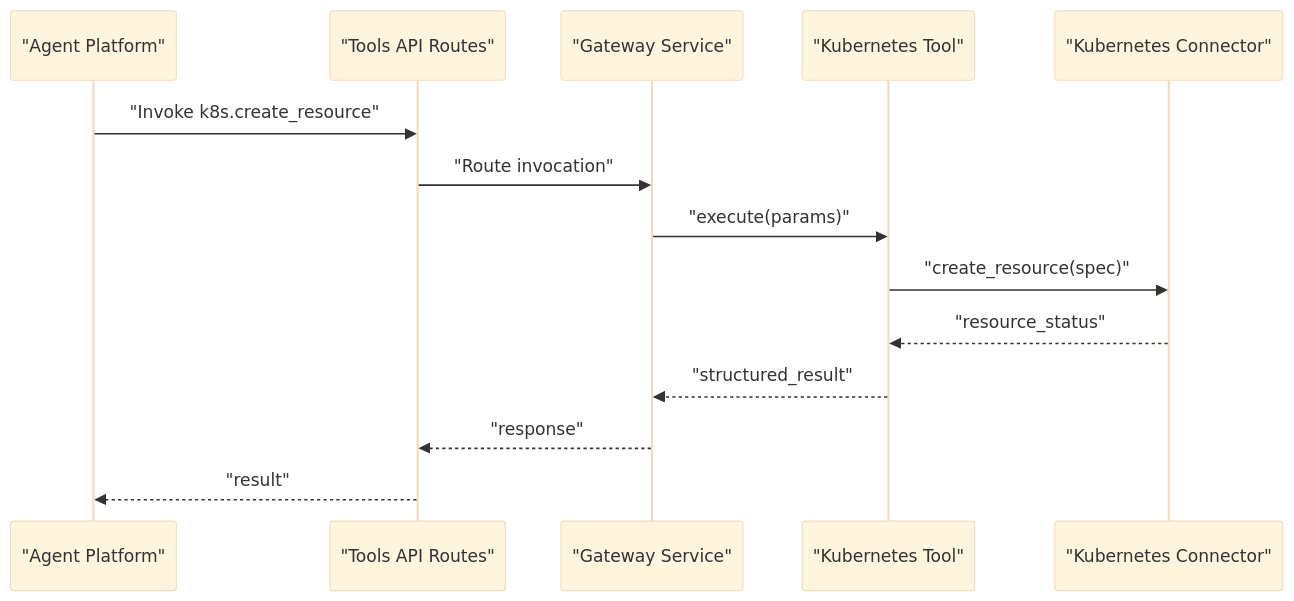
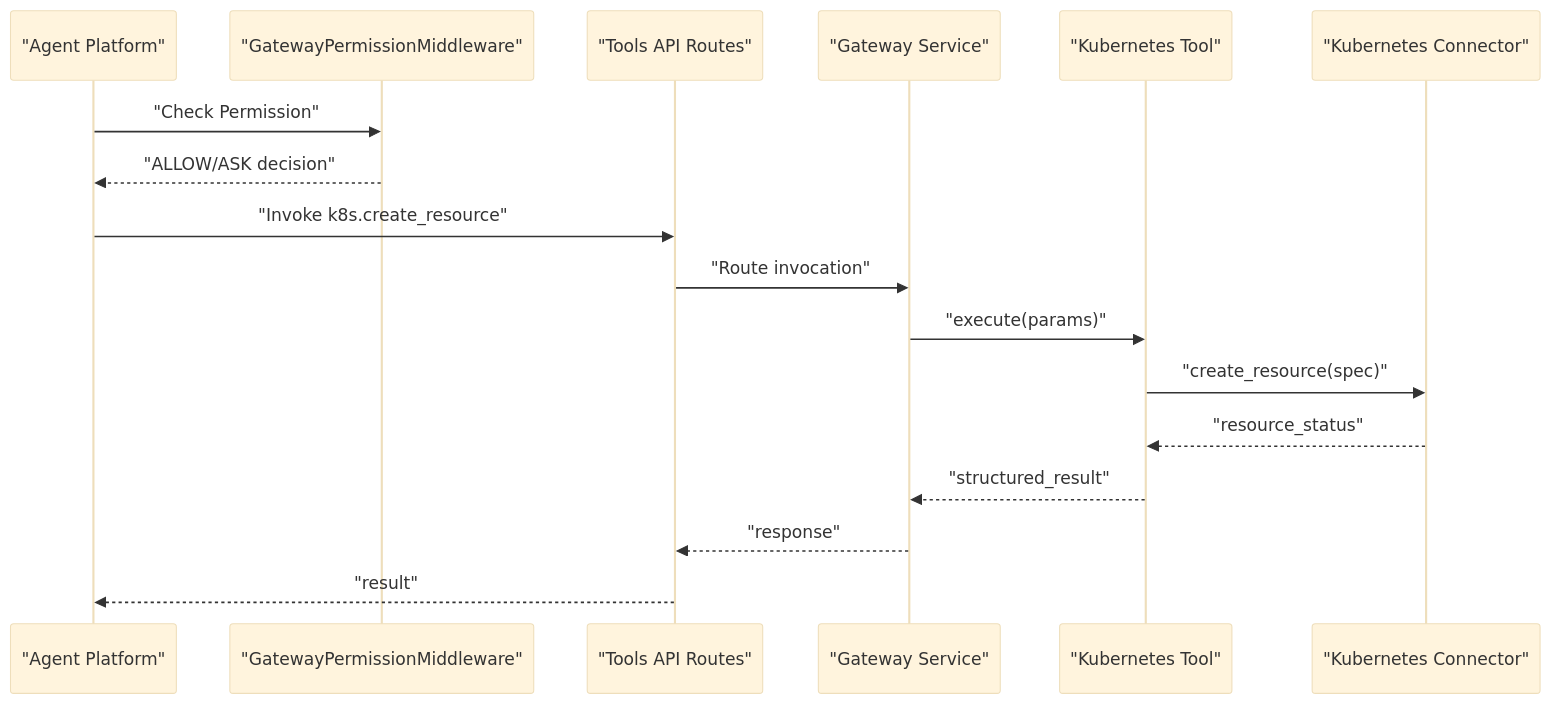
One commit to metasync/luban-aiops changed the seventh of 8 diagrams in .qoder/repowiki/en/content/Agent Platform Service/Tool Execution Framework.md. Above: the diagram before and after it, drawn with Mermaid (base theme). The commit also changed other lines of this file and 25 other files, not shown here.

````diff
--- a/.qoder/repowiki/en/content/Agent Platform Service/Tool Execution Framework.md
+++ b/.qoder/repowiki/en/content/Agent Platform Service/Tool Execution Framework.md
@@ -278,16 +350,19 @@
 ```mermaid
 sequenceDiagram
 participant Agent as "Agent Platform"
+participant PermMW as "GatewayPermissionMiddleware"
 participant GatewayAPI as "Tools API Routes"
 participant GatewaySvc as "Gateway Service"
 participant K8sTool as "Kubernetes Tool"
 participant K8SConn as "Kubernetes Connector"
+Agent->>PermMW : "Check Permission"
+PermMW-->>Agent : "ALLOW/ASK decision"
 Agent->>GatewayAPI : "Invoke k8s.create_resource"
 GatewayAPI->>GatewaySvc : "Route invocation"
 GatewaySvc->>K8sTool : "execute(params)"
 K8sTool->>K8SConn : "create_resource(spec)"
 K8SConn-->>K8sTool : "resource_status"
 K8sTool-->>GatewaySvc : "structured_result"
 GatewaySvc-->>GatewayAPI : "response"
 GatewayAPI-->>Agent : "result"
 ```
````
